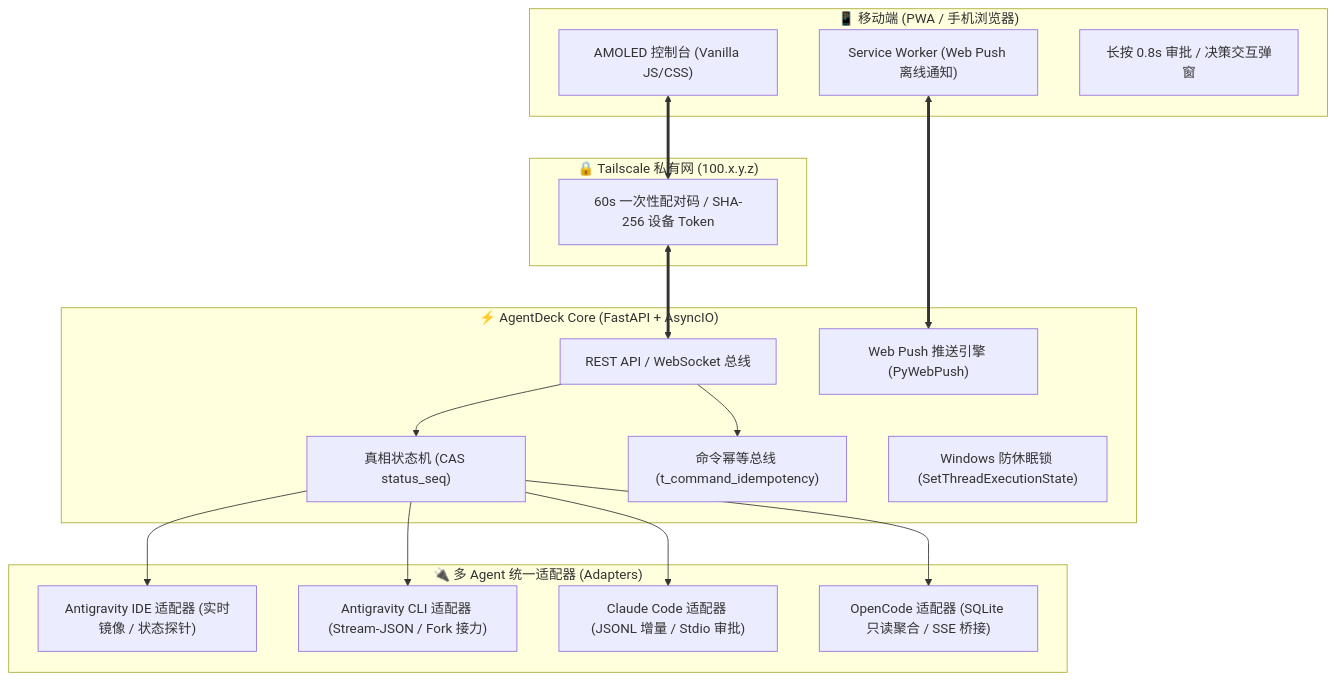
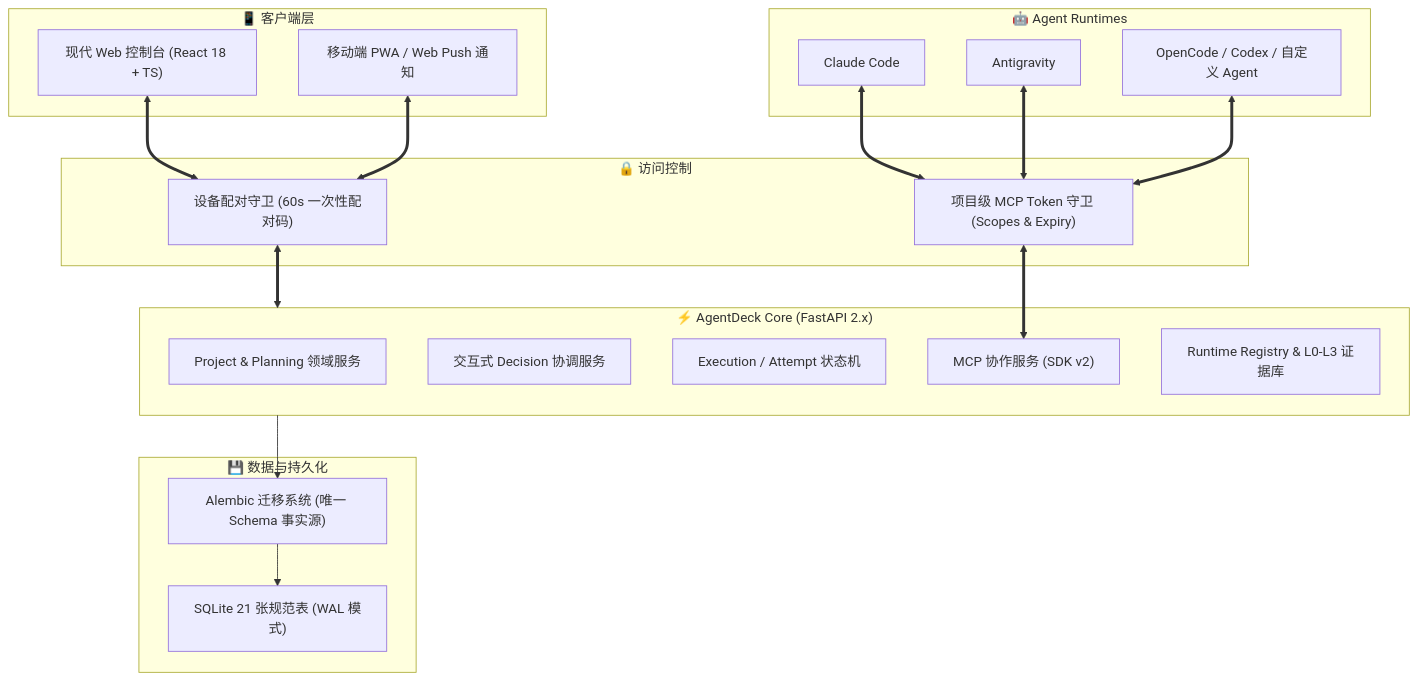
Before and after one commit to xhma-code/AgentDeck: the diagram in README.md, drawn with Mermaid. The commit also changed other lines of this file and 9 other files, not shown here.

````diff
--- a/README.md
+++ b/README.md
@@ -90,33 +77,35 @@
 ```mermaid
 flowchart TD
-    subgraph 移动端 ["📱 移动端 (PWA / 手机浏览器)"]
-        UI["AMOLED 控制台 (Vanilla JS/CSS)"]
-        SW["Service Worker (Web Push 离线通知)"]
-        Modal["长按 0.8s 审批 / 决策交互弹窗"]
+    subgraph 接入终端 ["📱 客户端层"]
+        Web["现代 Web 控制台 (React 18 + TS)"]
+        Mobile["移动端 PWA / Web Push 通知"]
     end
 
-    subgraph 安全通道 ["🔒 Tailscale 私有网 (100.x.y.z)"]
-        Auth["60s 一次性配对码 / SHA-256 设备 Token"]
+    subgraph 外部Agent ["🤖 Agent Runtimes"]
+        Claude["Claude Code"]
+        AG["Antigravity"]
+        Other["OpenCode / Codex / 自定义 Agent"]
     end
 
-    subgraph 核心后端 ["⚡ AgentDeck Core (FastAPI + AsyncIO)"]
-        Router["REST API / WebSocket 总线"]
-        TruthMachine["真相状态机 (CAS status_seq)"]
-        IdemBus["命令幂等总线 (t_command_idempotency)"]
-        PushEngine["Web Push 推送引擎 (PyWebPush)"]
-        SleepLock["Windows 防休眠锁 (SetThreadExecutionState)"]
+    subgraph 安全边界 ["🔒 访问控制"]
+        PairGuard["设备配对守卫 (60s 一次性配对码)"]
+        McpGuard["项目级 MCP Token 守卫 (Scopes & Expiry)"]
     end
 
-    subgraph 适配器层 ["🔌 多 Agent 统一适配器 (Adapters)"]
-        AG_IDE["Antigravity IDE 适配器 (实时镜像 / 状态探针)"]
-        AG_CLI["Antigravity CLI 适配器 (Stream-JSON / Fork 接力)"]
-        Claude["Claude Code 适配器 (JSONL 增量 / Stdio 审批)"]
-        OpenCode["OpenCode 适配器 (SQLite 只读聚合 / SSE 桥接)"]
+    subgraph 核心服务 ["⚡ AgentDeck Core (FastAPI 2.x)"]
+        ProjectSvc["Project & Planning 领域服务"]
+        DecisionSvc["交互式 Decision 协调服务"]
+        ExecSvc["Execution / Attempt 状态机"]
+        McpServer["MCP 协作服务 (SDK v2)"]
+        RegistrySvc["Runtime Registry & L0-L3 证据库"]
     end
 
-    UI <==> Auth <==> Router
-    SW <==> PushEngine
-    Router --> TruthMachine
-    Router --> IdemBus
-    TruthMachine --> AG_IDE & AG_CLI & Claude & OpenCode
+    subgraph 数据层 ["💾 数据与持久化"]
+        Alembic["Alembic 迁移系统 (唯一 Schema 事实源)"]
+        SQLite["SQLite 21 张规范表 (WAL 模式)"]
+    end
+
+    Web & Mobile <==> PairGuard <==> 核心服务
+    Claude & AG & Other <==> McpGuard <==> McpServer
+    核心服务 --> Alembic --> SQLite
 ```
````
